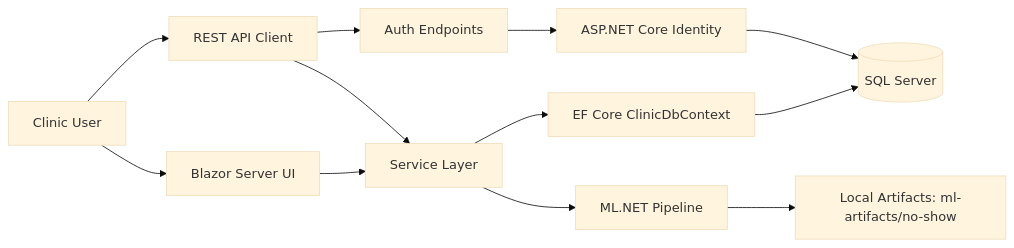
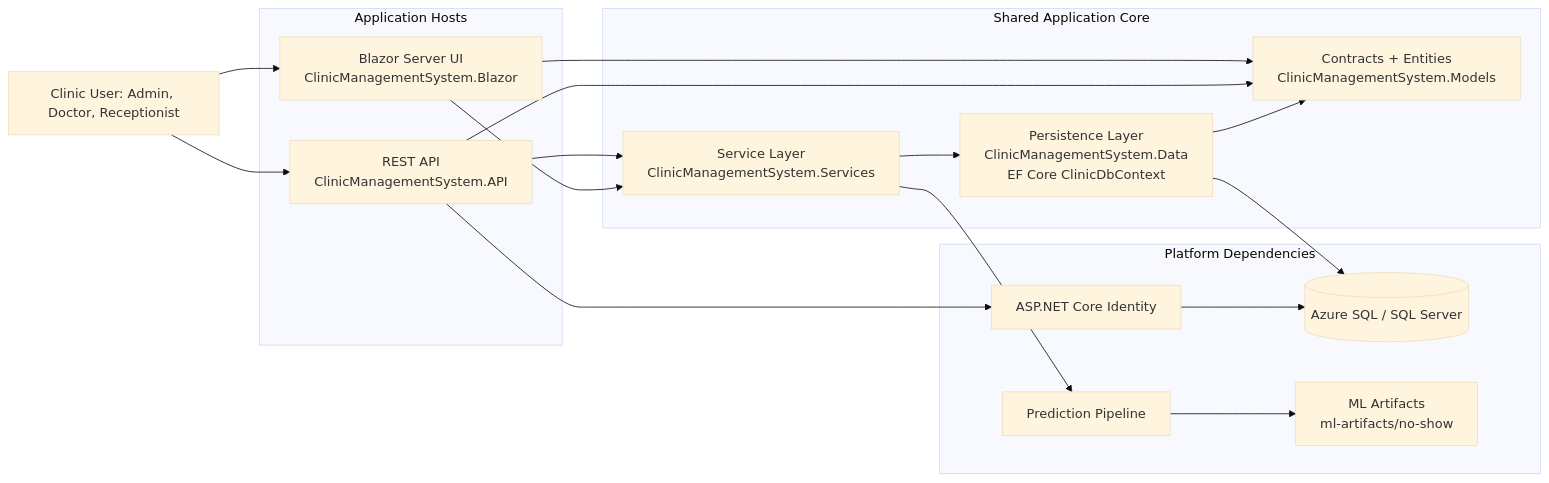
The first of 2 diagrams in docs/ARCHITECTURE.md (SynthQuantum/ClinicManagementSystem), drawn with Mermaid (base theme) before and after one commit. The commit also changed other lines of this file and 5 other files, not shown here.

````diff
--- a/docs/ARCHITECTURE.md
+++ b/docs/ARCHITECTURE.md
@@ -19,14 +19,40 @@
 ```mermaid
 flowchart LR
-        U[Clinic User] --> B[Blazor Server UI]
-        U --> A[REST API Client]
-        B --> S[Service Layer]
-        A --> S
-        S --> D[EF Core ClinicDbContext]
-        D --> Q[(SQL Server)]
-        S --> M[ML.NET Pipeline]
-        M --> R[Local Artifacts: ml-artifacts/no-show]
-        A --> X[Auth Endpoints]
-        X --> I[ASP.NET Core Identity]
-        I --> Q
+  U[Clinic User: Admin, Doctor, Receptionist]
+
+  subgraph Hosts[Application Hosts]
+    B[Blazor Server UI\nClinicManagementSystem.Blazor]
+    A[REST API\nClinicManagementSystem.API]
+  end
+
+  subgraph Core[Shared Application Core]
+    S[Service Layer\nClinicManagementSystem.Services]
+    D[Persistence Layer\nClinicManagementSystem.Data\nEF Core ClinicDbContext]
+    K[Contracts + Entities\nClinicManagementSystem.Models]
+  end
+
+  subgraph Platform[Platform Dependencies]
+    Q[(Azure SQL / SQL Server)]
+    M[Prediction Pipeline]
+    R[ML Artifacts\nml-artifacts/no-show]
+    I[ASP.NET Core Identity]
+  end
+
+  U --> B
+  U --> A
+
+  B --> S
+  A --> S
+
+  S --> D
+  D --> K
+  A --> K
+  B --> K
+
+  D --> Q
+  A --> I
+  I --> Q
+
+  S --> M
+  M --> R
 ```
````
